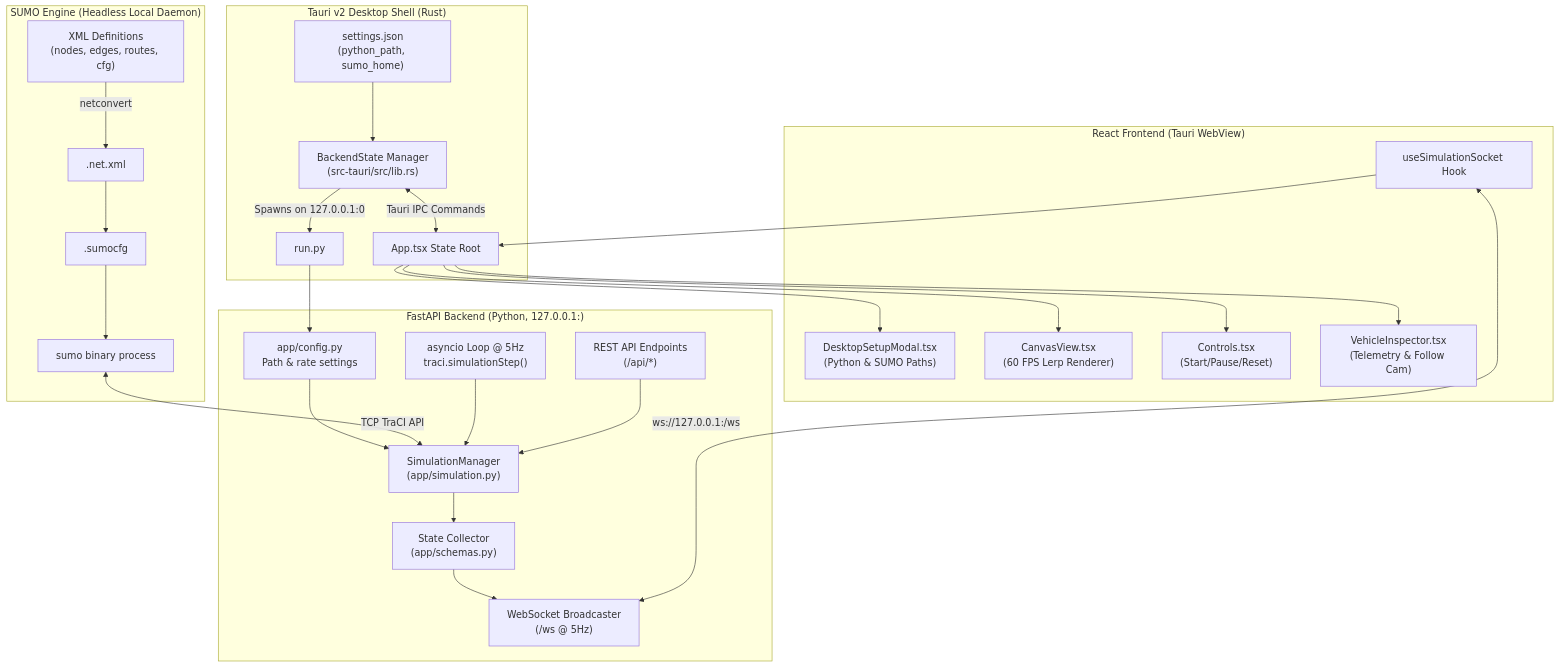
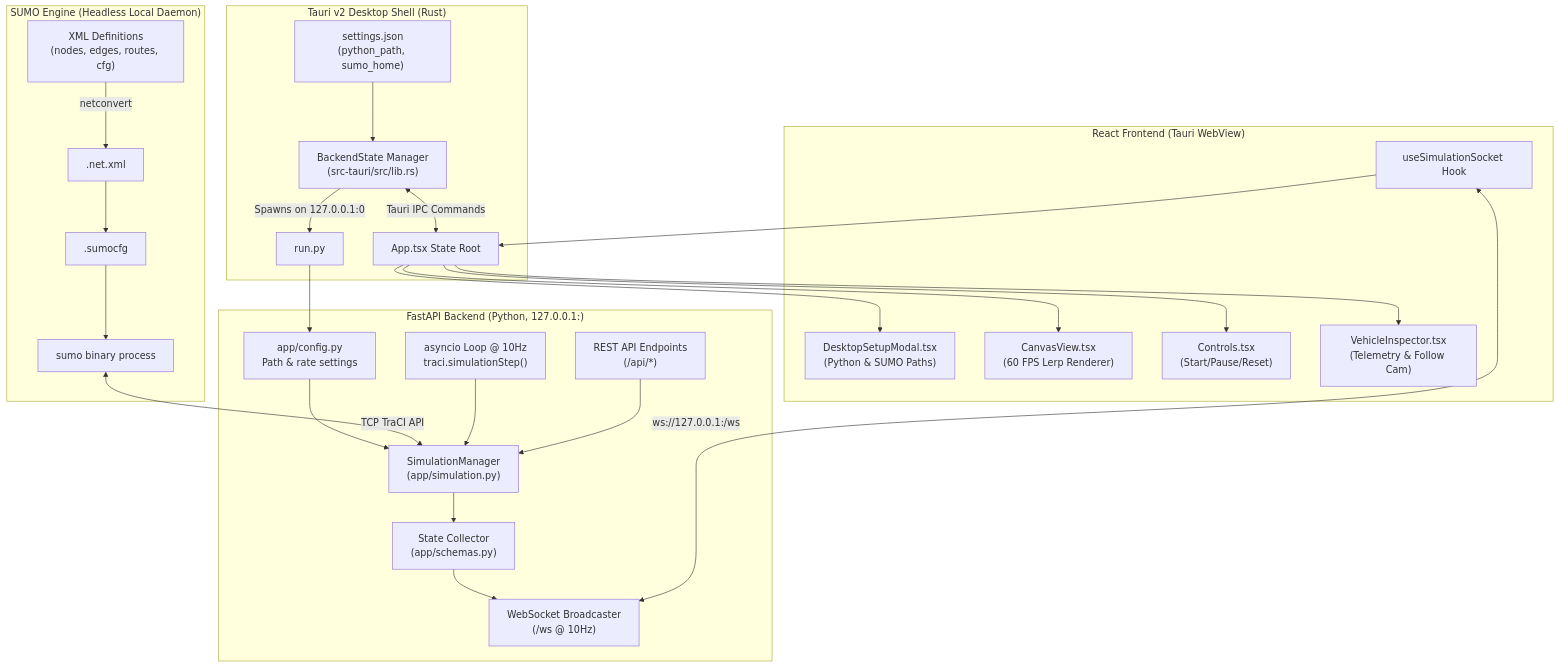
The diagram in AGENTS.md (vkivaturi/traffis), drawn with Mermaid before and after one commit. The commit also changed other lines of this file and 16 other files, not shown here.

````diff
--- a/AGENTS.md
+++ b/AGENTS.md
@@ -22,33 +22,33 @@
 ```mermaid
 flowchart TD
     subgraph Tauri_Shell ["Tauri v2 Desktop Shell (Rust)"]
         CFG["settings.json<br/>(python_path, sumo_home)"] --> MGR["BackendState Manager<br/>(src-tauri/src/lib.rs)"]
         MGR -->|Spawns on 127.0.0.1:0| PROC_PY
         MGR <-->|Tauri IPC Commands| APP
     end
 
     subgraph SUMO_Engine ["SUMO Engine (Headless Local Daemon)"]
         XML["XML Definitions<br/>(nodes, edges, routes, cfg)"] -->|netconvert| NET[".net.xml"]
         NET --> SUMOCFG[".sumocfg"]
         SUMOCFG --> PROC["sumo binary process"]
     end
 
     subgraph Backend ["FastAPI Backend (Python, 127.0.0.1:<port>)"]
         PROC_PY["run.py"] --> CONF["app/config.py<br/>Path & rate settings"]
         CONF --> SM["SimulationManager<br/>(app/simulation.py)"]
         PROC <-->|TCP TraCI API| SM
-        LOOP["asyncio Loop @ 5Hz<br/>traci.simulationStep()"] --> SM
+        LOOP["asyncio Loop @ 10Hz<br/>traci.simulationStep()"] --> SM
         SM --> STATE["State Collector<br/>(app/schemas.py)"]
-        STATE --> WS["WebSocket Broadcaster<br/>(/ws @ 5Hz)"]
+        STATE --> WS["WebSocket Broadcaster<br/>(/ws @ 10Hz)"]
         REST["REST API Endpoints<br/>(/api/*)"] --> SM
     end
 
     subgraph Frontend ["React Frontend (Tauri WebView)"]
         SOCK["useSimulationSocket Hook"] <-->|ws://127.0.0.1:<port>/ws| WS
         SOCK --> APP["App.tsx State Root"]
         APP --> SETUP["DesktopSetupModal.tsx<br/>(Python & SUMO Paths)"]
         APP --> CV["CanvasView.tsx<br/>(60 FPS Lerp Renderer)"]
         APP --> CTRL["Controls.tsx<br/>(Start/Pause/Reset)"]
         APP --> INSP["VehicleInspector.tsx<br/>(Telemetry & Follow Cam)"]
     end
 ```
````
